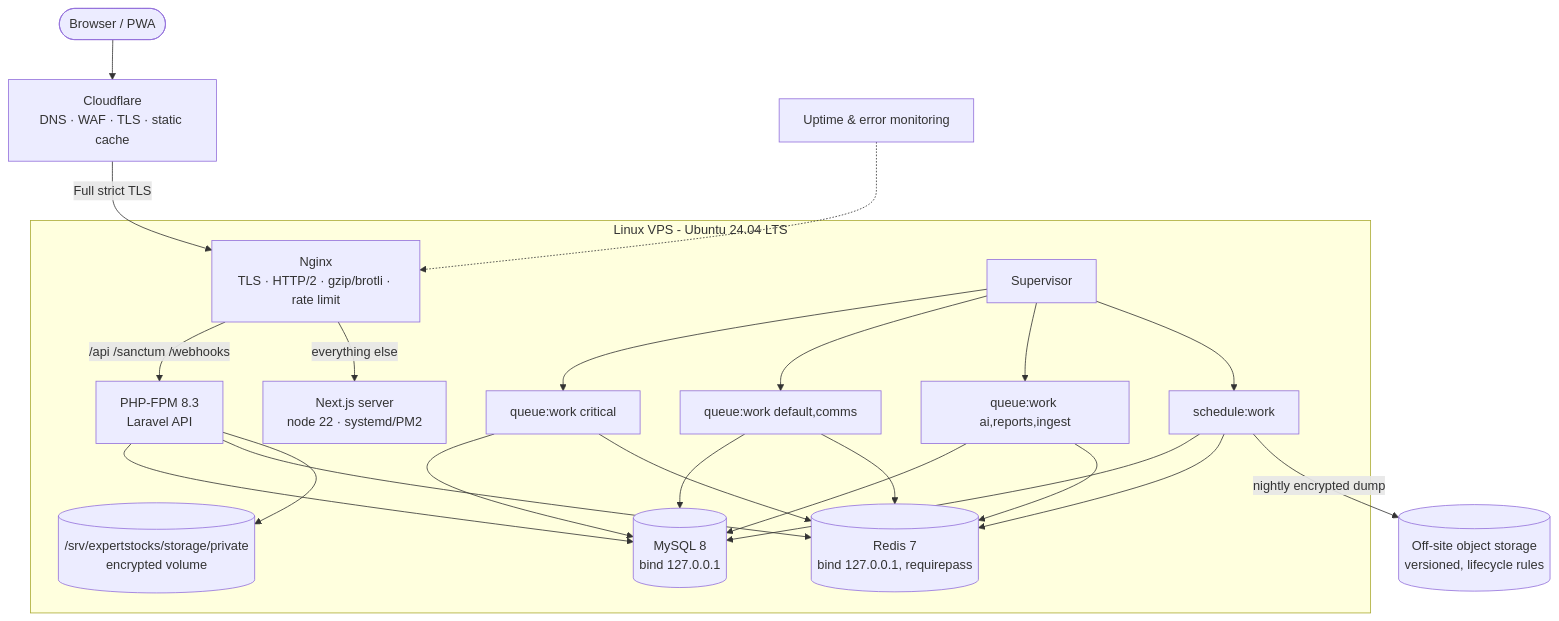
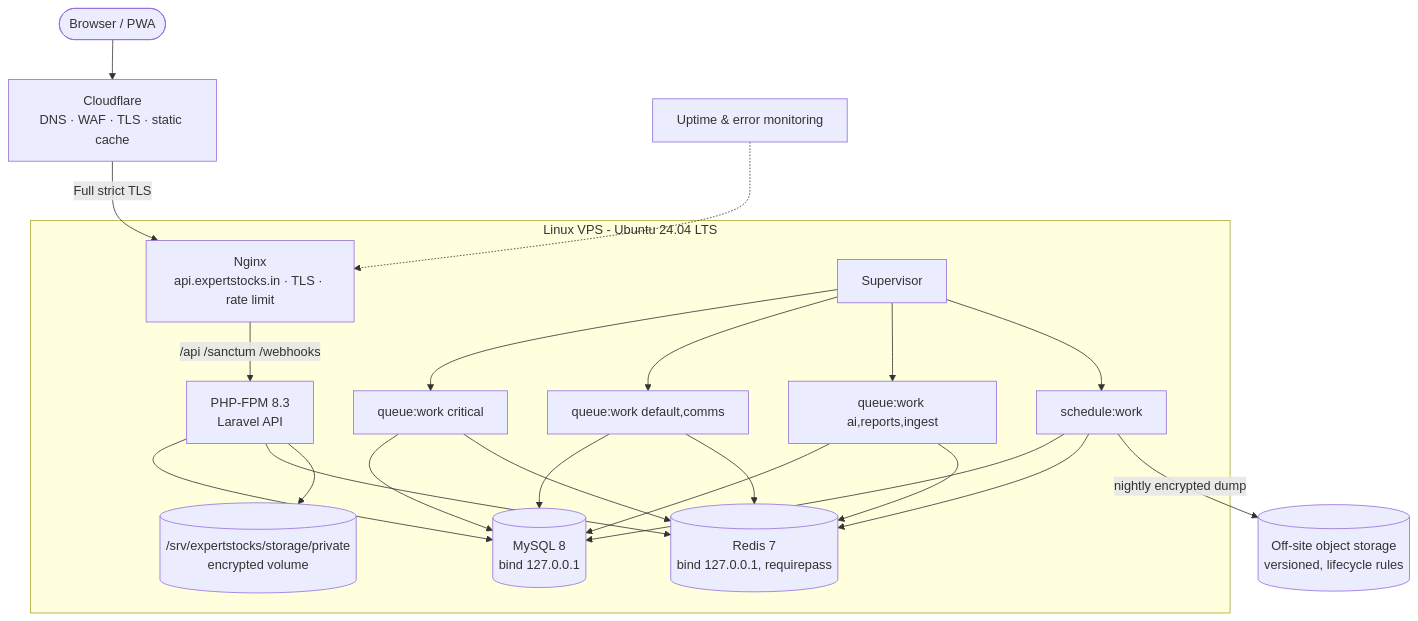
Before and after one commit to cyberbuzz001/master-project: the diagram in expert-advisory/docs/DEPLOYMENT_ARCHITECTURE.md, drawn with Mermaid. The commit also changed other lines of this file and 112 other files, not shown here.

````diff
--- a/expert-advisory/docs/DEPLOYMENT_ARCHITECTURE.md
+++ b/expert-advisory/docs/DEPLOYMENT_ARCHITECTURE.md
@@ -5,20 +7,19 @@
 ```mermaid
 flowchart TB
   user([Browser / PWA]) --> cf[Cloudflare<br/>DNS · WAF · TLS · static cache]
   cf -->|Full strict TLS| nginx
   subgraph VPS [Linux VPS - Ubuntu 24.04 LTS]
-    nginx[Nginx<br/>TLS · HTTP/2 · gzip/brotli · rate limit]
+    nginx[Nginx<br/>api.expertstocks.in · TLS · rate limit]
     nginx -->|/api /sanctum /webhooks| fpm[PHP-FPM 8.3<br/>Laravel API]
-    nginx -->|everything else| next[Next.js server<br/>node 22 · systemd/PM2]
     sup[Supervisor] --> w1[queue:work critical]
     sup --> w2[queue:work default,comms]
     sup --> w3[queue:work ai,reports,ingest]
     sup --> sch[schedule:work]
     fpm --> mysql[(MySQL 8<br/>bind 127.0.0.1)]
     fpm --> redis[(Redis 7<br/>bind 127.0.0.1, requirepass)]
     w1 & w2 & w3 & sch --> mysql & redis
     fpm --> disk[(/srv/expertstocks/storage/private<br/>encrypted volume)]
   end
   sch -->|nightly encrypted dump| offsite[(Off-site object storage<br/>versioned, lifecycle rules)]
   mon[Uptime & error monitoring] -.-> nginx
 ```
````
